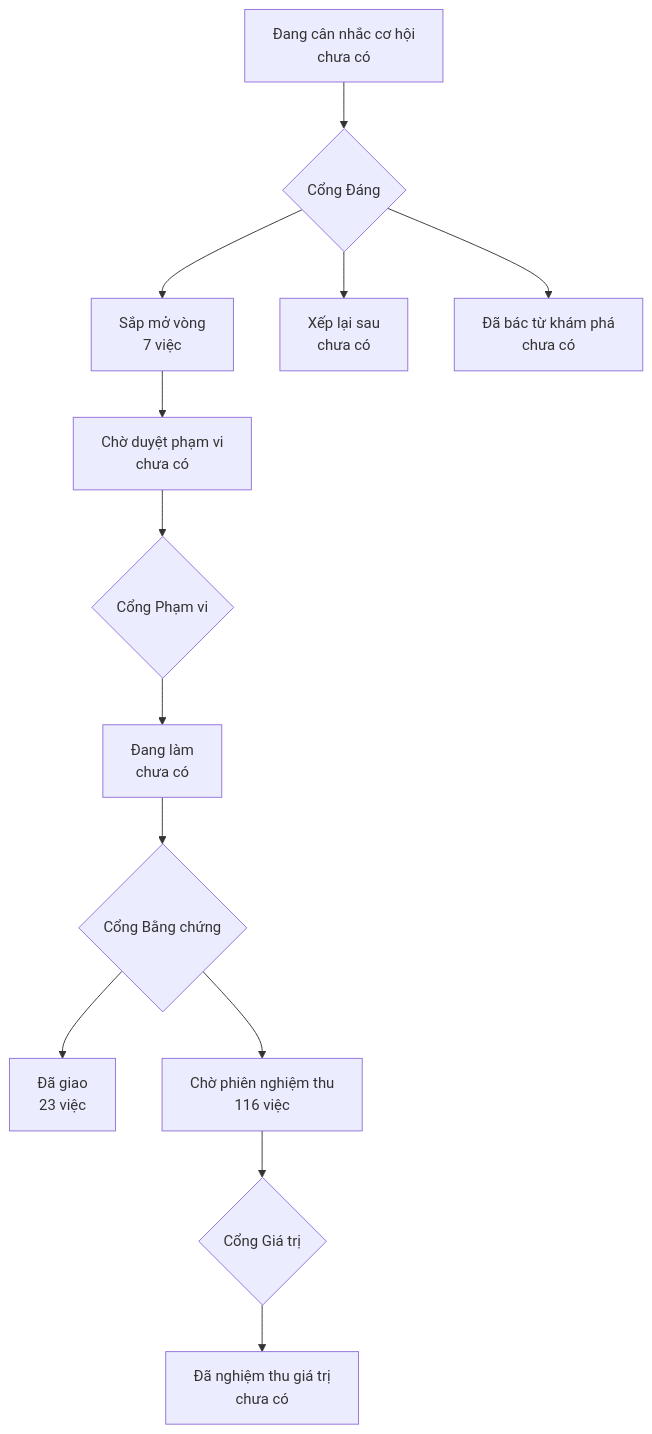
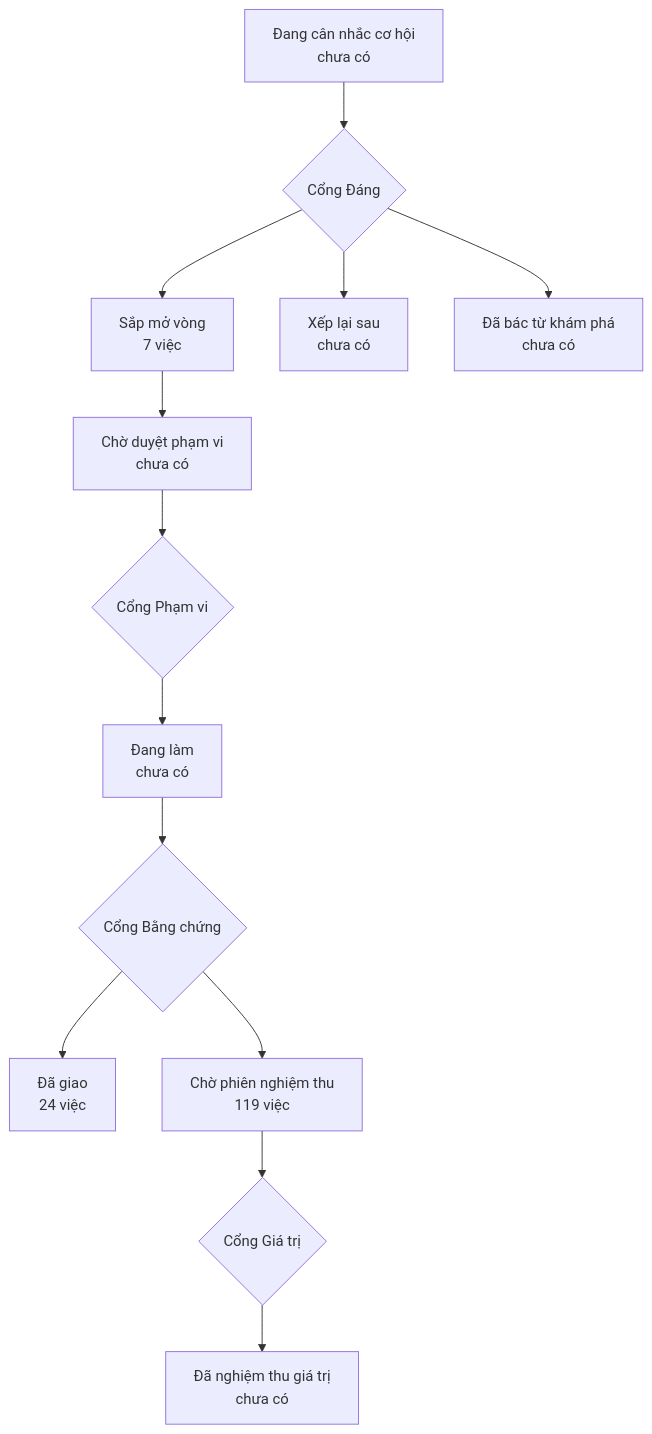
One commit to phanlemanh/onehub-quy-hang changed the diagram in PRODUCT-MAP.md. Above: the diagram before and after it, drawn with Mermaid. The commit also changed other lines of this file and 1 other file, not shown here.

Commit message:
chore: vẽ lại bản đồ sản phẩm và lộ trình sau gộp main

````diff
--- a/PRODUCT-MAP.md
+++ b/PRODUCT-MAP.md
@@ -7,12 +7,12 @@
 ```mermaid
 flowchart TD
   A["Đang cân nhắc cơ hội<br/>chưa có"] --> GD{"Cổng Đáng"}
   GD --> B["Sắp mở vòng<br/>7 việc"]
   GD --> XL["Xếp lại sau<br/>chưa có"]
   GD --> DB["Đã bác từ khám phá<br/>chưa có"]
   B --> CD["Chờ duyệt phạm vi<br/>chưa có"] --> GP{"Cổng Phạm vi"}
   GP --> DL["Đang làm<br/>chưa có"] --> GB{"Cổng Bằng chứng"}
-  GB --> DG["Đã giao<br/>23 việc"]
-  GB --> CN["Chờ phiên nghiệm thu<br/>116 việc"] --> GG{"Cổng Giá trị"}
+  GB --> DG["Đã giao<br/>24 việc"]
+  GB --> CN["Chờ phiên nghiệm thu<br/>119 việc"] --> GG{"Cổng Giá trị"}
   GG --> NT["Đã nghiệm thu giá trị<br/>chưa có"]
 ```
````
